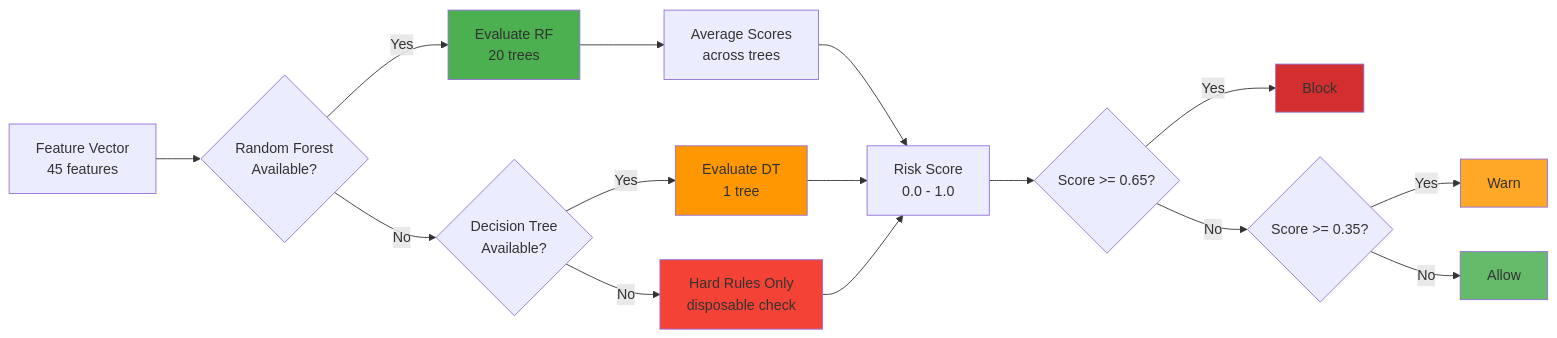
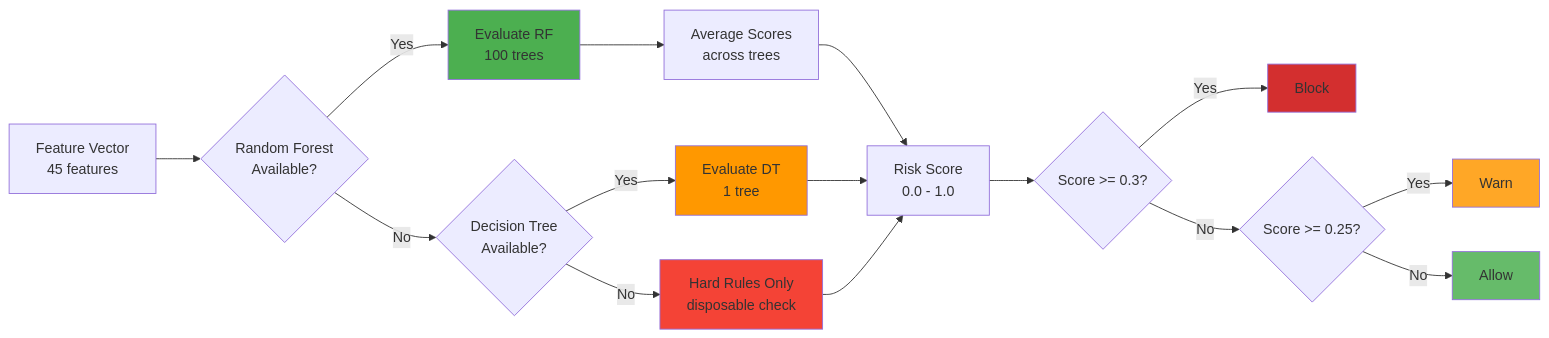
Before and after one commit to erfianugrah/markov-mail: the fourth of 7 diagrams in docs/ARCHITECTURE.md, drawn with Mermaid. The commit also changed other lines of this file and 18 other files, not shown here.

First line of the commit message:
Refactor model architecture and add comprehensive documentation

````diff
--- a/docs/ARCHITECTURE.md
+++ b/docs/ARCHITECTURE.md
@@ -212,29 +212,29 @@
 ```mermaid
 flowchart LR
     A[Feature Vector<br/>45 features] --> B{Random Forest<br/>Available?}
 
-    B -->|Yes| C[Evaluate RF<br/>20 trees]
+    B -->|Yes| C[Evaluate RF<br/>100 trees]
     B -->|No| D{Decision Tree<br/>Available?}
 
     C --> E[Average Scores<br/>across trees]
     E --> F[Risk Score<br/>0.0 - 1.0]
 
     D -->|Yes| G[Evaluate DT<br/>1 tree]
     D -->|No| H[Hard Rules Only<br/>disposable check]
 
     G --> F
     H --> F
 
-    F --> I{Score >= 0.65?}
+    F --> I{Score >= 0.3?}
     I -->|Yes| J[Block]
-    I -->|No| K{Score >= 0.35?}
+    I -->|No| K{Score >= 0.25?}
     K -->|Yes| L[Warn]
     K -->|No| M[Allow]
 
     style C fill:#4caf50
     style G fill:#ff9800
     style H fill:#f44336
     style J fill:#d32f2f
     style L fill:#ffa726
     style M fill:#66bb6a
 ```
````
